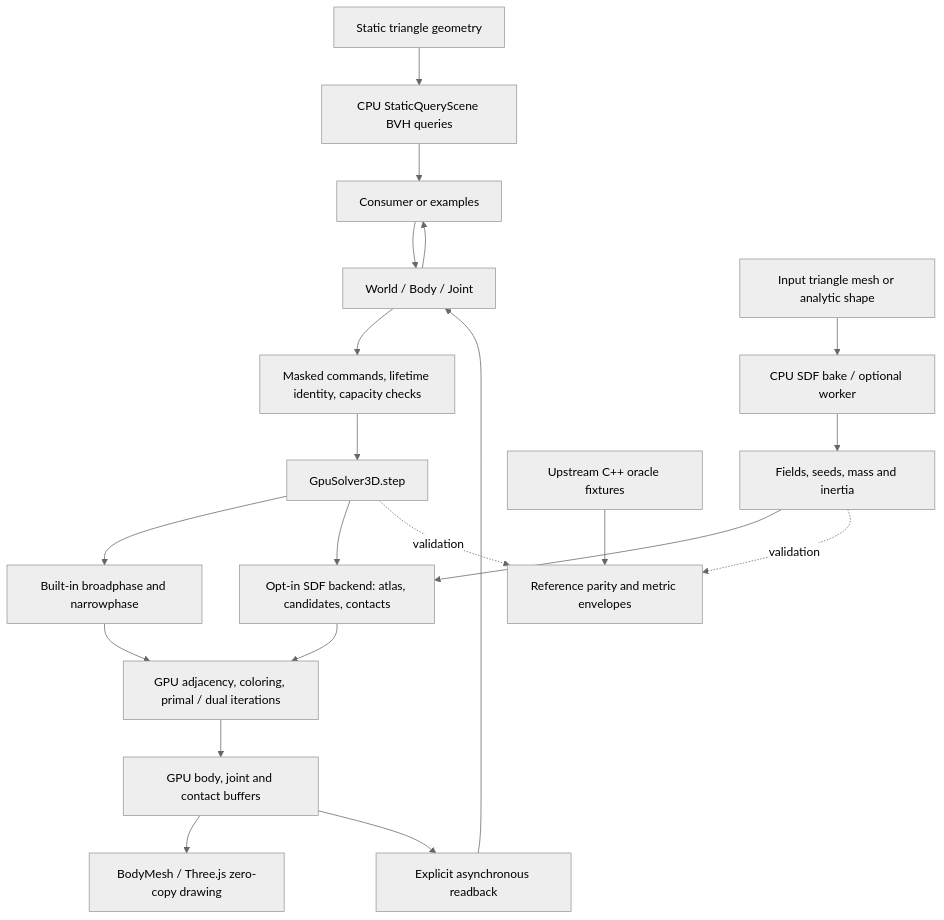
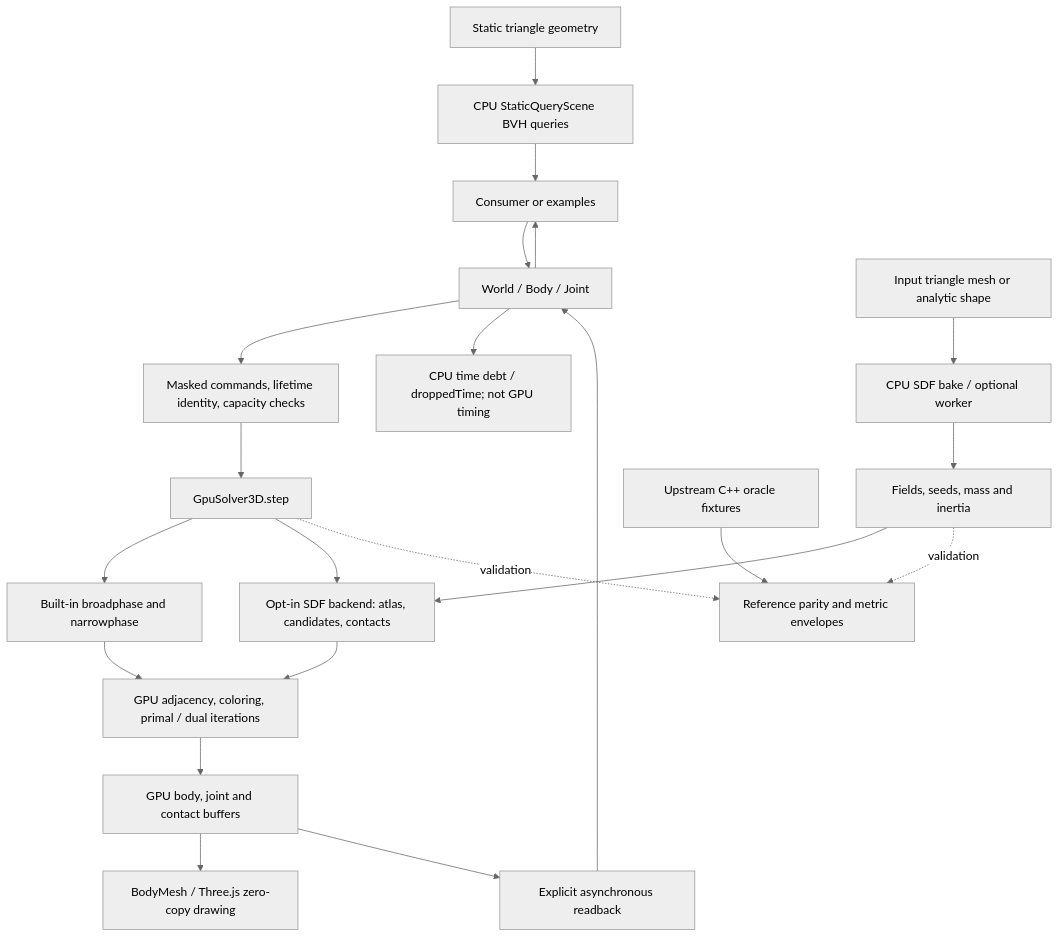
The first of 9 diagrams in docs/API.md (sbobyn/three-avbd), drawn with Mermaid (neutral theme) before and after one commit. The commit also changed other lines of this file and 5 other files, not shown here.

Commit message:
STE-3328: Expose cumulative dropped update time (#91)

````diff
--- a/docs/API.md
+++ b/docs/API.md
@@ -24,23 +24,24 @@
 ```mermaid
 flowchart TD
   App[Consumer or examples] --> World[World / Body / Joint]
   World --> Commands[Masked commands, lifetime identity, capacity checks]
+  World --> TimeDebt[CPU time debt / droppedTime; not GPU timing]
   Commands --> Solver[GpuSolver3D.step]
   Solver --> Collision[Built-in broadphase and narrowphase]
   Mesh[Input triangle mesh or analytic shape] --> Bake[CPU SDF bake / optional worker]
   Bake --> Fields[Fields, seeds, mass and inertia]
   Fields --> SDF[Opt-in SDF backend: atlas, candidates, contacts]
   Solver --> SDF
   Collision --> Solve[GPU adjacency, coloring, primal / dual iterations]
   SDF --> Solve
   Solve --> Buffers[GPU body, joint and contact buffers]
   Buffers --> Draw[BodyMesh / Three.js zero-copy drawing]
   Buffers --> Read[Explicit asynchronous readback]
   Read --> World
   World --> App
   Static[Static triangle geometry] --> Queries[CPU StaticQueryScene BVH queries]
   Queries --> App
   Oracle[Upstream C++ oracle fixtures] --> Tests[Reference parity and metric envelopes]
   Solver -. validation .-> Tests
   Fields -. validation .-> Tests
 ```
````
